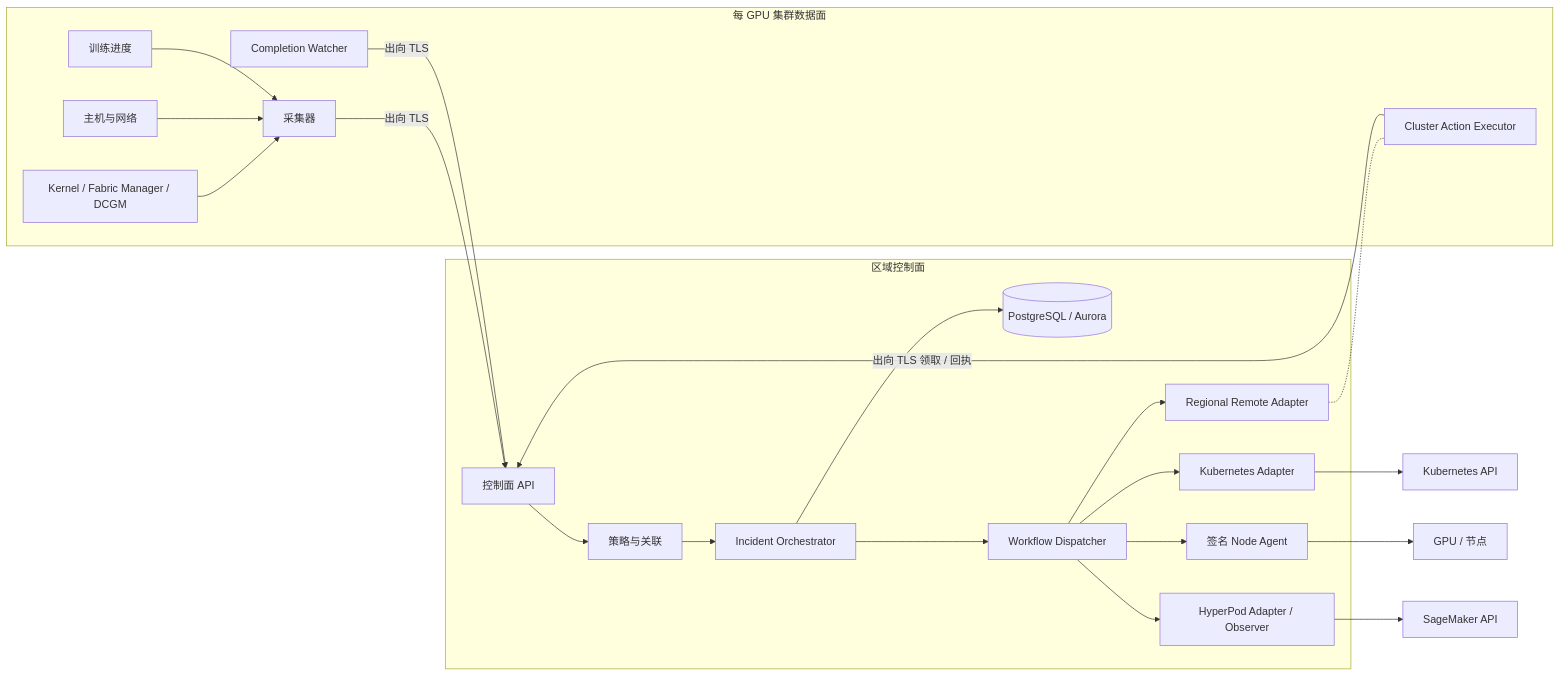
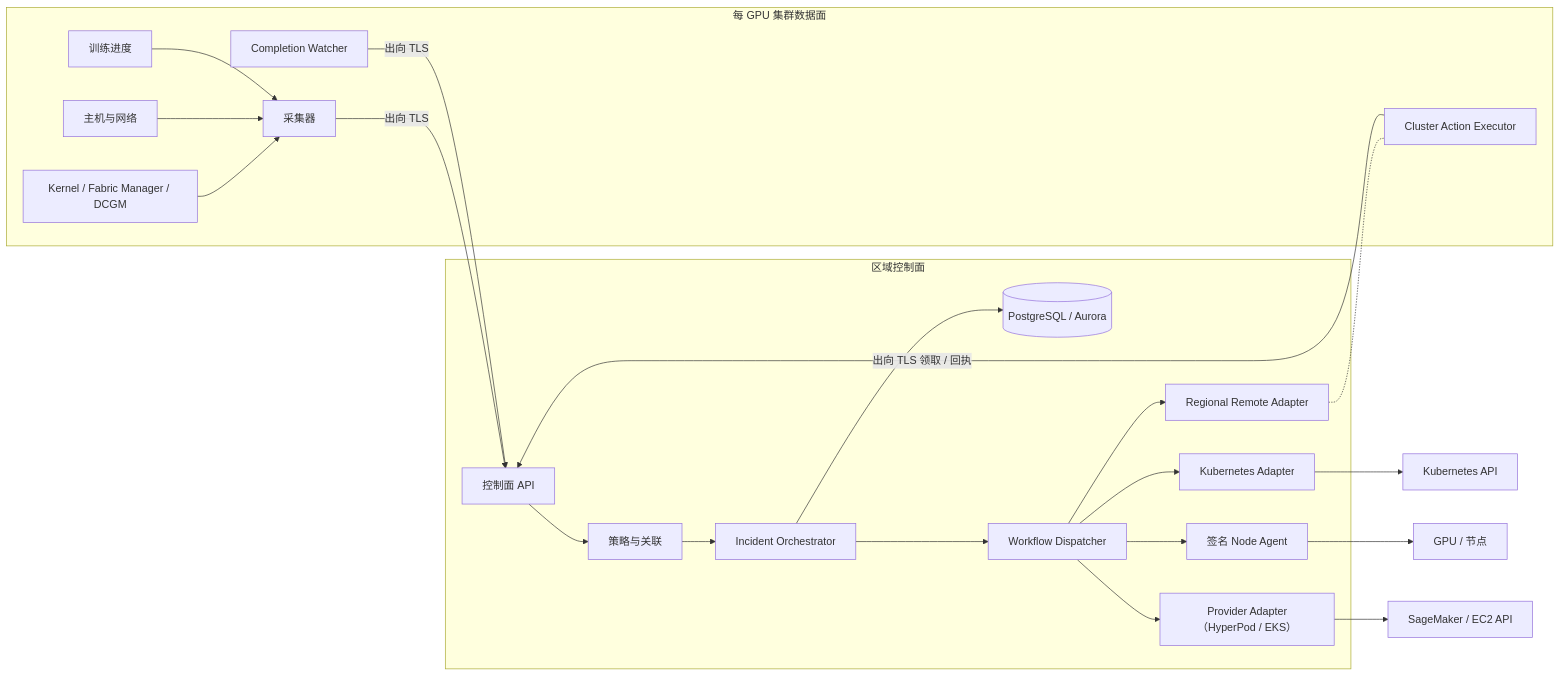
One commit to yuhuiaws/GPU-Fault-Recovery-System changed the second of 9 diagrams in docs/概要设计.md. Above: the diagram before and after it, drawn with Mermaid. The commit also changed other lines of this file and 1 other file, not shown here.

````diff
--- a/docs/概要设计.md
+++ b/docs/概要设计.md
@@ -324,29 +386,29 @@
 ```mermaid
 flowchart LR
     subgraph DP["每 GPU 集群数据面"]
         K["Kernel / Fabric Manager / DCGM"] --> C["采集器"]
         H["主机与网络"] --> C
         T["训练进度"] --> C
         W["Completion Watcher"]
         EX["Cluster Action Executor"]
     end
 
     subgraph CP["区域控制面"]
         API["控制面 API"] --> P["策略与关联"]
         P --> I["Incident Orchestrator"]
         I --> S[("PostgreSQL / Aurora")]
         I --> D["Workflow Dispatcher"]
         D --> RA["Regional Remote Adapter"]
         D --> KA["Kubernetes Adapter"]
         D --> NA["签名 Node Agent"]
-        D --> HP["HyperPod Adapter / Observer"]
+        D --> HP["Provider Adapter（HyperPod / EKS）"]
     end
 
     C -- "出向 TLS" --> API
     W -- "出向 TLS" --> API
     EX -- "出向 TLS 领取 / 回执" --> API
     RA -.- EX
     KA --> K8S["Kubernetes API"]
     NA --> GPU["GPU / 节点"]
-    HP --> AWS["SageMaker API"]
+    HP --> AWS["SageMaker / EC2 API"]
 ```
````
